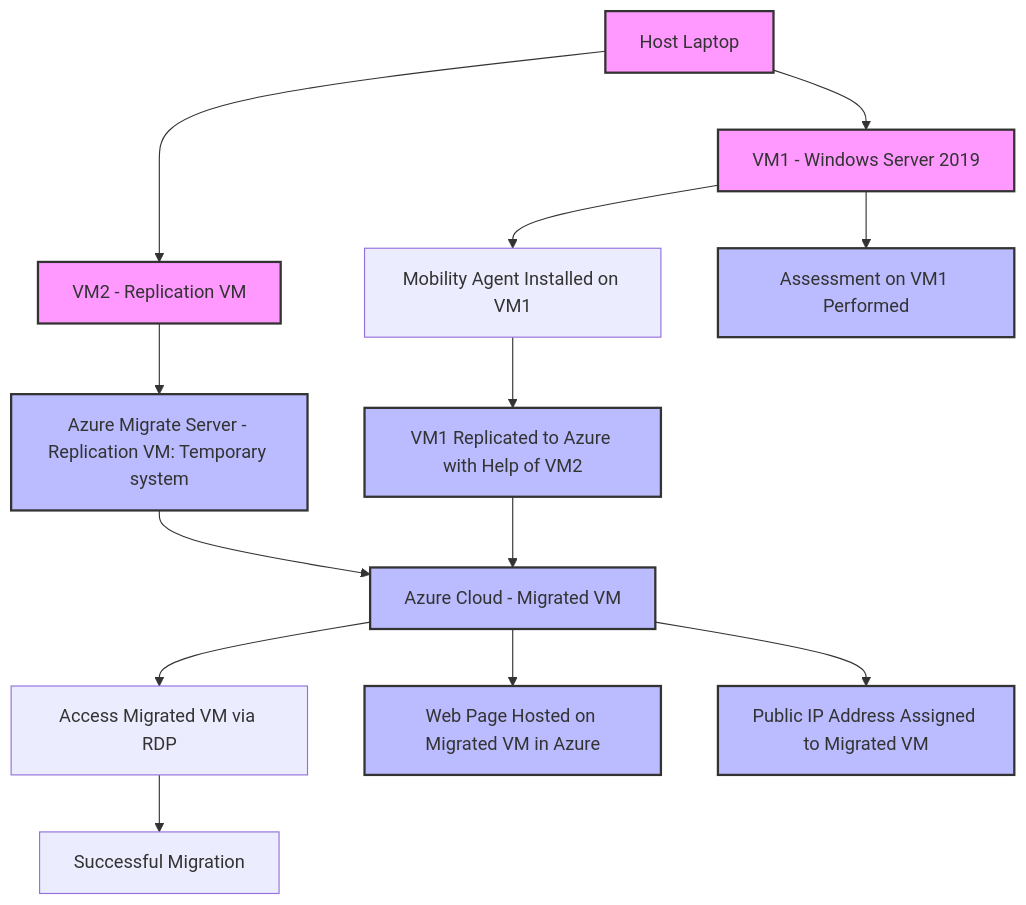
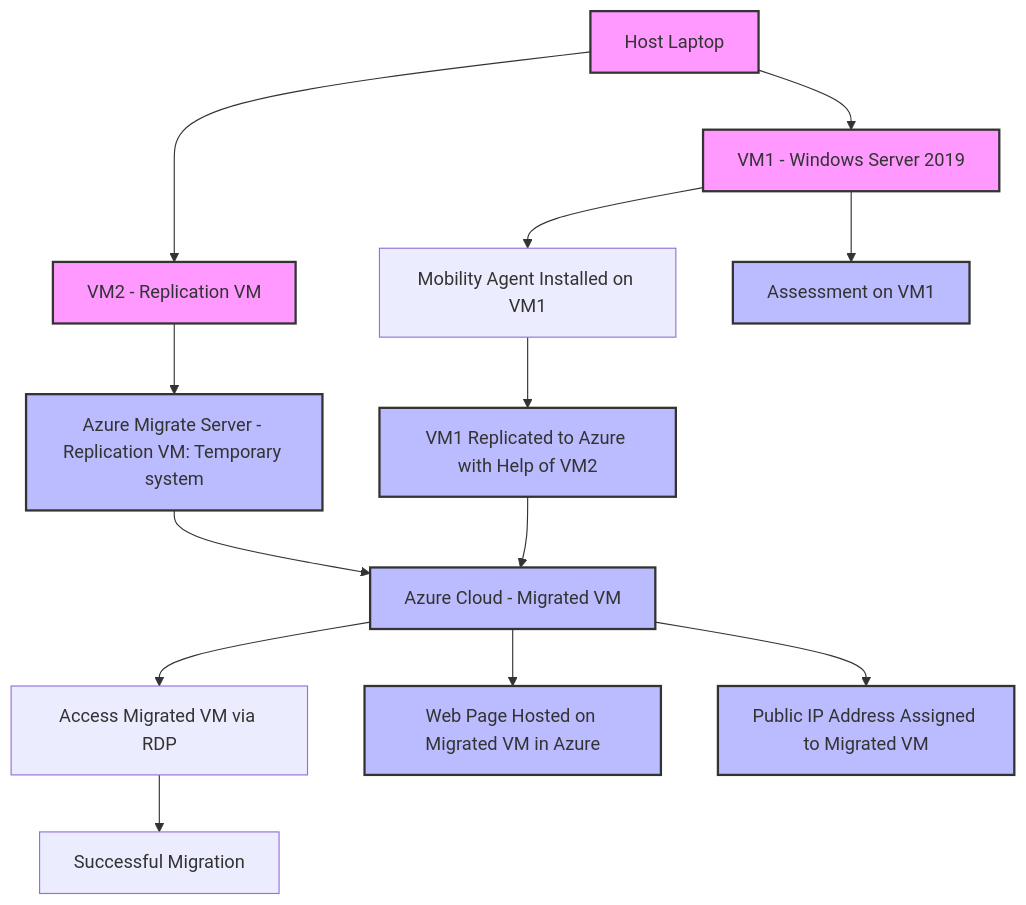
The diagram in Lab 10/Reflection.md (Klamichhane738/CST8913_010-Cloud-Migration_Lab), drawn with Mermaid before and after one commit.

````diff
--- a/Lab 10/Reflection.md
+++ b/Lab 10/Reflection.md
@@ -5,25 +5,25 @@
 ```mermaid
 %%{init: {'themeVariables': {'graphMargin': '20', 'nodeSpacing': '30', 'rankSpacing': '30'}}}%%
 graph TD
     A[Host Laptop] --> B[VM1 - Windows Server 2019]
     A[Host Laptop] --> C[VM2 - Replication VM]
     B --> D[Mobility Agent Installed on VM1]
     D --> E[VM1 Replicated to Azure with Help of VM2]
     C --> F[Azure Migrate Server - Replication VM: Temporary system]
     F --> G[Azure Cloud - Target VM]
     E --> G[Azure Cloud - Migrated VM]
     G --> H[Access Migrated VM via RDP]
     H --> I[Successful Migration]
     
-    B --> J[Assessment on VM1 Performed]
+    B --> J[Assessment on VM1]
     G --> K[Web Page Hosted on Migrated VM in Azure]
     G --> M[Public IP Address Assigned to Migrated VM]
     
     classDef server fill:#f9f,stroke:#333,stroke-width:2px;
     class A,B,C server;
     classDef cloud fill:#bbf,stroke:#333,stroke-width:2px;
     class E,F,G cloud;
     classDef action fill:#bbf,stroke:#333,stroke-width:2px;
     class J,K,L,M action;
 
 ```
````
